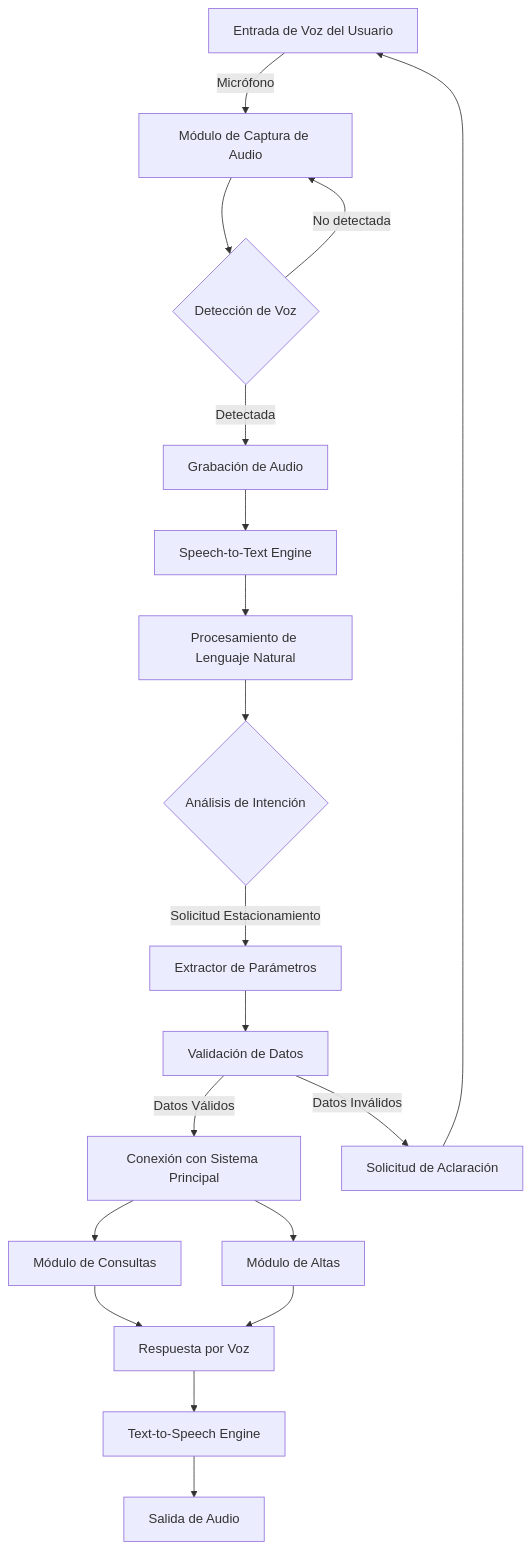
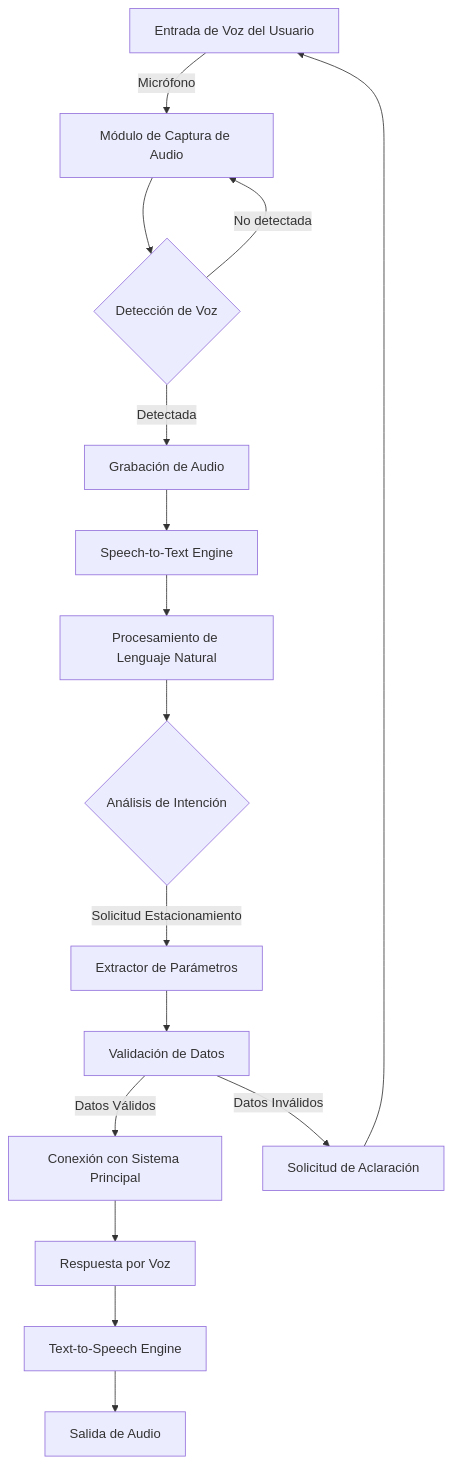
One commit to OrellanaGalo/Procesamiento-de-voz changed the diagram in README.md. Above: the diagram before and after it, drawn with Mermaid.

````diff
--- a/README.md
+++ b/README.md
@@ -3,24 +3,20 @@
 ```mermaid
 graph TD
     A[Entrada de Voz del Usuario] -->|Micrófono| B[Módulo de Captura de Audio]
     B --> C{Detección de Voz}
     C -->|No detectada| B
     C -->|Detectada| D[Grabación de Audio]
     D --> E[Speech-to-Text Engine]
     E --> F[Procesamiento de Lenguaje Natural]
     F --> G{Análisis de Intención}
     
     G -->|Solicitud Estacionamiento| H[Extractor de Parámetros]
     H --> I[Validación de Datos]
     I -->|Datos Válidos| J[Conexión con Sistema Principal]
     I -->|Datos Inválidos| K[Solicitud de Aclaración]
     K --> A
     
-    J --> L[Módulo de Consultas]
-    J --> M[Módulo de Altas]
-    
-    L --> N[Respuesta por Voz]
-    M --> N
+    J --> N[Respuesta por Voz]
     N --> O[Text-to-Speech Engine]
     O --> P[Salida de Audio]
 ```
````
